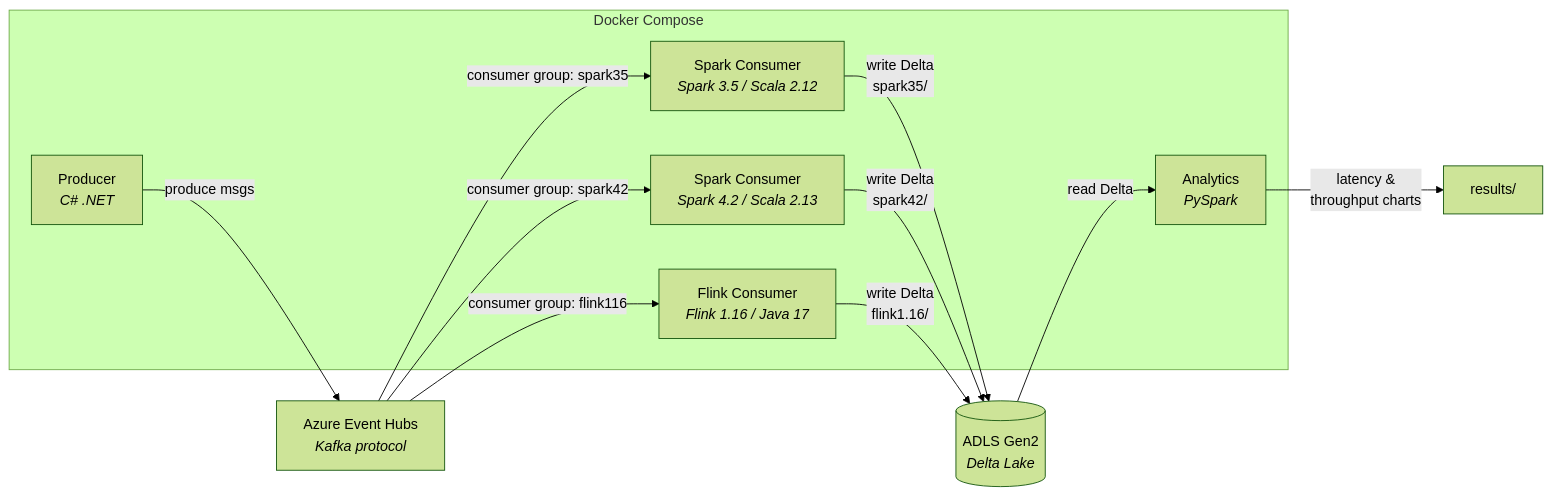
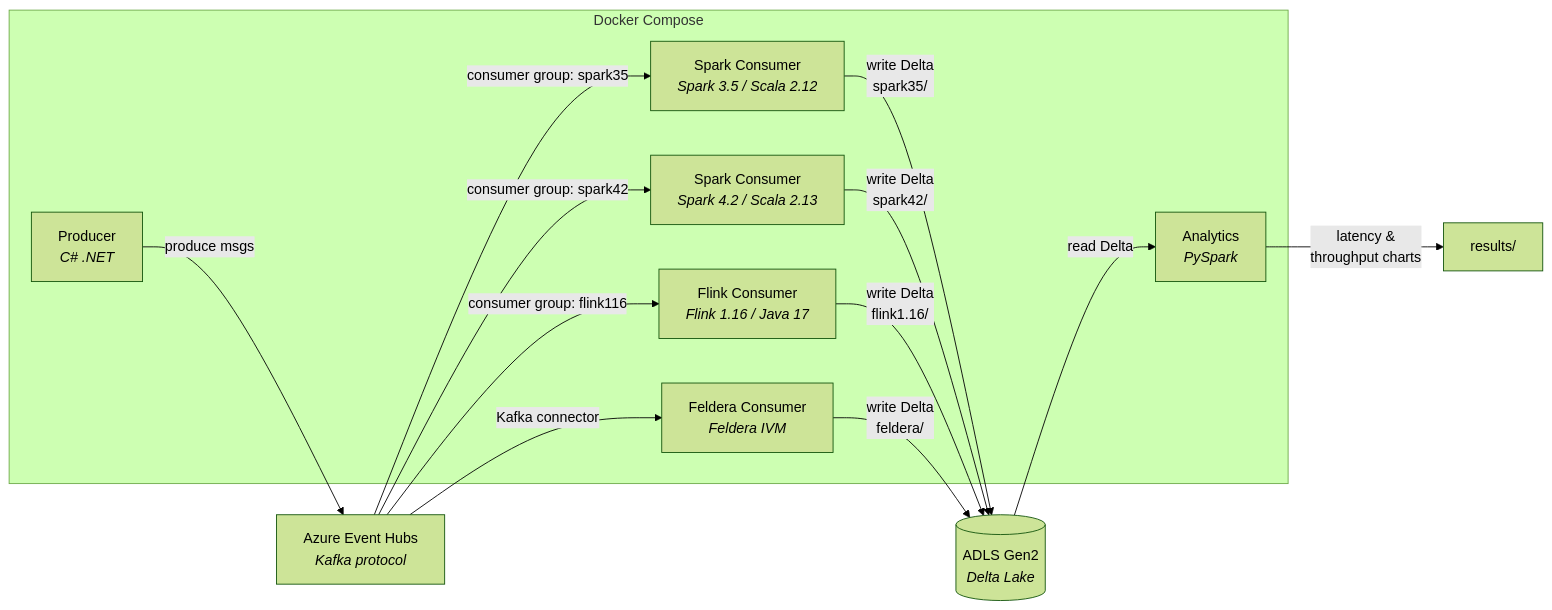
The diagram in README.md (mdrakiburrahman/stream-processing-benchmark), drawn with Mermaid (forest theme) before and after one commit. The commit also changed 7 other files, not shown here.

````diff
--- a/README.md
+++ b/README.md
@@ -5,23 +5,26 @@
 ```mermaid
 graph LR
     subgraph Docker Compose
         P[Producer<br/><i>C# .NET</i>]
         S35[Spark Consumer<br/><i>Spark 3.5 / Scala 2.12</i>]
         S42[Spark Consumer<br/><i>Spark 4.2 / Scala 2.13</i>]
         F116[Flink Consumer<br/><i>Flink 1.16 / Java 17</i>]
+        FEL[Feldera Consumer<br/><i>Feldera IVM</i>]
         A[Analytics<br/><i>PySpark</i>]
     end
 
     EH[Azure Event Hubs<br/><i>Kafka protocol</i>]
     ADLS[(ADLS Gen2<br/><i>Delta Lake</i>)]
 
     P -- "produce msgs" --> EH
     EH -- "consumer group: spark35" --> S35
     EH -- "consumer group: flink116" --> F116
     EH -- "consumer group: spark42" --> S42
+    EH -- "Kafka connector" --> FEL
     S35 -- "write Delta<br/>spark35/" --> ADLS
     S42 -- "write Delta<br/>spark42/" --> ADLS
     F116 -- "write Delta<br/>flink1.16/" --> ADLS
+    FEL -- "write Delta<br/>feldera/" --> ADLS
     ADLS -- "read Delta" --> A
     A -- "latency &<br/>throughput charts" --> R[results/]
 ```
````
